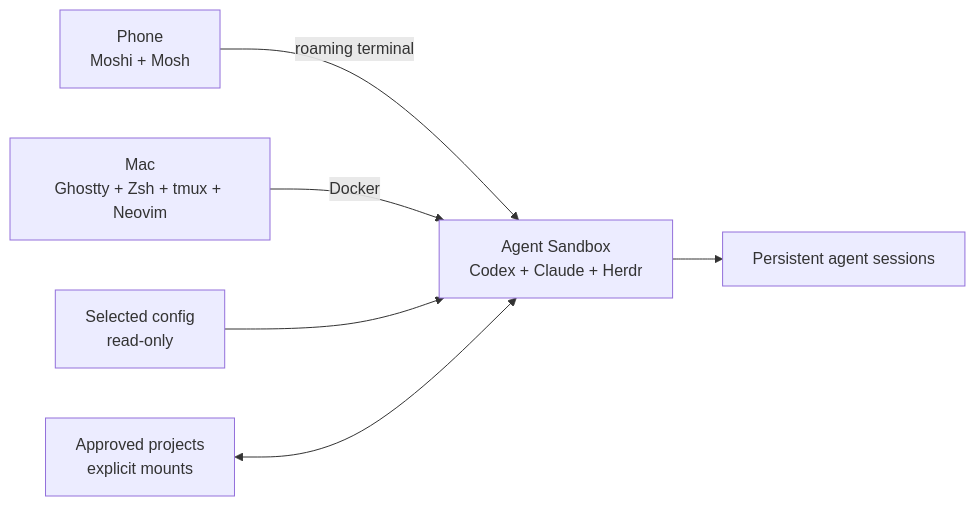
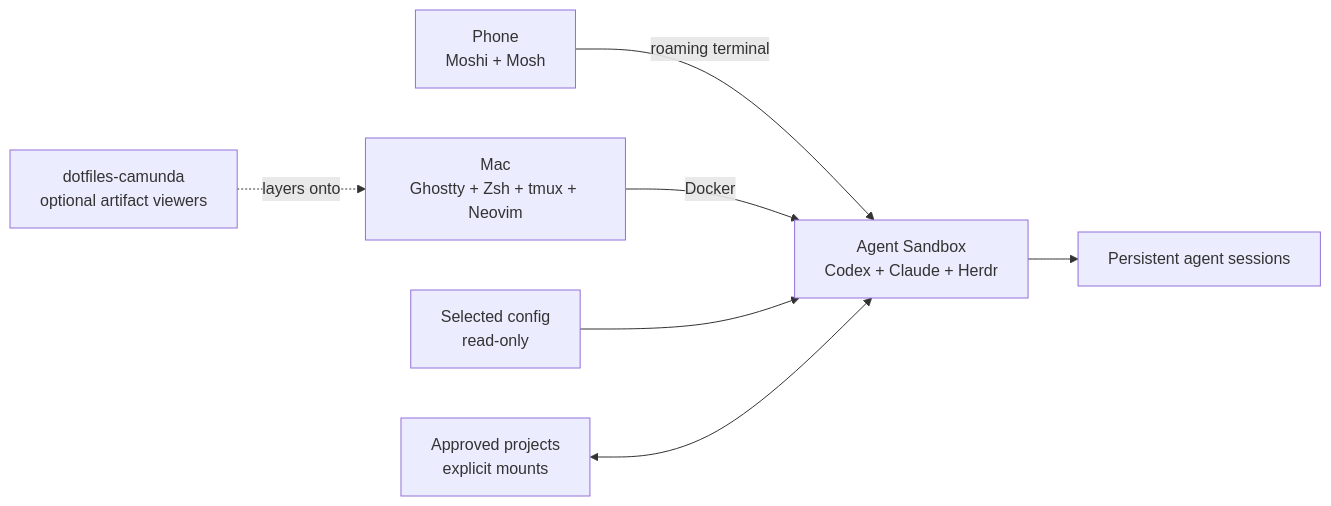
One commit to ukchucktown/dotfiles changed the diagram in README.md. Above: the diagram before and after it, drawn with Mermaid. The commit also changed other lines of this file and 15 other files, not shown here.

````diff
--- a/README.md
+++ b/README.md
@@ -25,8 +31,9 @@
 ```mermaid
 flowchart LR
     phone["Phone<br/>Moshi + Mosh"] -->|"roaming terminal"| sandbox
     mac["Mac<br/>Ghostty + Zsh + tmux + Neovim"] -->|"Docker"| sandbox["Agent Sandbox<br/>Codex + Claude + Herdr"]
+    camunda["dotfiles-camunda<br/>optional artifact viewers"] -.->|"layers onto"| mac
     config["Selected config<br/>read-only"] --> sandbox
     projects["Approved projects<br/>explicit mounts"] <--> sandbox
     sandbox --> sessions["Persistent agent sessions"]
 ```
````
